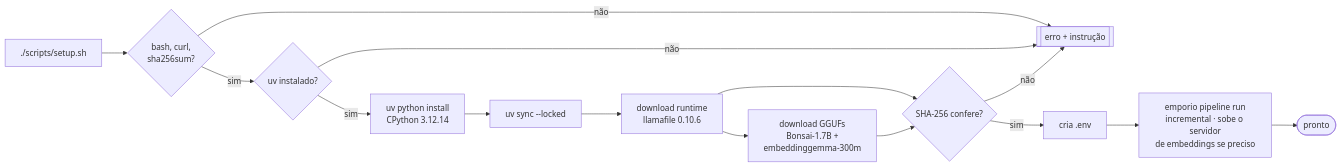
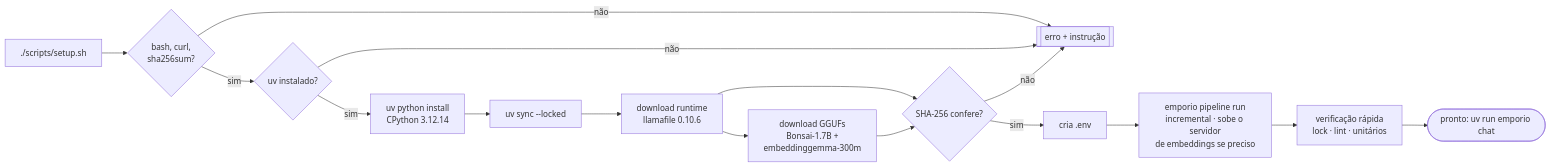
One commit to RonildoSilva/ai-engineer-challenge changed the fifth of 21 diagrams in README.md. Above: the diagram before and after it, drawn with Mermaid. The commit also changed other lines of this file and 27 other files, not shown here.

````diff
--- a/README.md
+++ b/README.md
@@ -177,16 +178,17 @@
 ```mermaid
 flowchart LR
     A[./scripts/setup.sh] --> B{bash, curl,<br/>sha256sum?}
     B -->|não| X[[erro + instrução]]
     B -->|sim| C{uv instalado?}
     C -->|não| X
     C -->|sim| D[uv python install<br/>CPython 3.12.14]
     D --> E[uv sync --locked]
     E --> F[download runtime<br/>llamafile 0.10.6]
     F --> G[download GGUFs<br/>Bonsai-1.7B +<br/>embeddinggemma-300m]
     F & G --> H{SHA-256 confere?}
     H -->|não| X
     H -->|sim| I[cria .env]
     I --> P[emporio pipeline run<br/>incremental · sobe o servidor<br/>de embeddings se preciso]
-    P --> J([pronto])
+    P --> V[verificação rápida<br/>lock · lint · unitários]
+    V --> J([pronto: uv run emporio chat])
 ```
````
